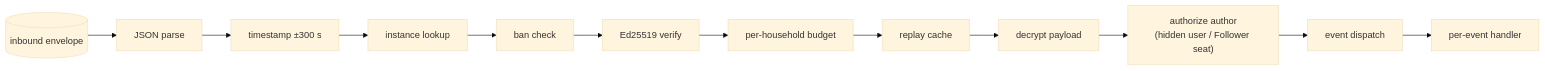
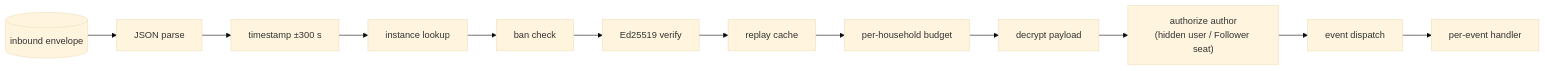
One commit to social-home-io/socialhome changed the second of 3 diagrams in docs/architecture.md. Above: the diagram before and after it, drawn with Mermaid (base theme). The commit also changed other lines of this file and 12 other files, not shown here.

First line of the commit message:
Charge the per-household budget after the replay check

````diff
--- a/docs/architecture.md
+++ b/docs/architecture.md
@@ -674,15 +674,15 @@
 ```mermaid
 flowchart LR
     inbound[("inbound envelope")]
     inbound --> parse["JSON parse"]
     parse --> ts["timestamp ±300 s"]
     ts --> instance["instance lookup"]
     instance --> ban["ban check"]
     ban --> sig["Ed25519 verify"]
-    sig --> budget["per-household budget"]
-    budget --> replay["replay cache"]
-    replay --> decrypt["decrypt payload"]
+    sig --> replay["replay cache"]
+    replay --> budget["per-household budget"]
+    budget --> decrypt["decrypt payload"]
     decrypt --> authz["authorize author<br/>(hidden user / Follower seat)"]
     authz --> dispatch["event dispatch"]
     dispatch --> handler["per-event handler"]
 ```
````
